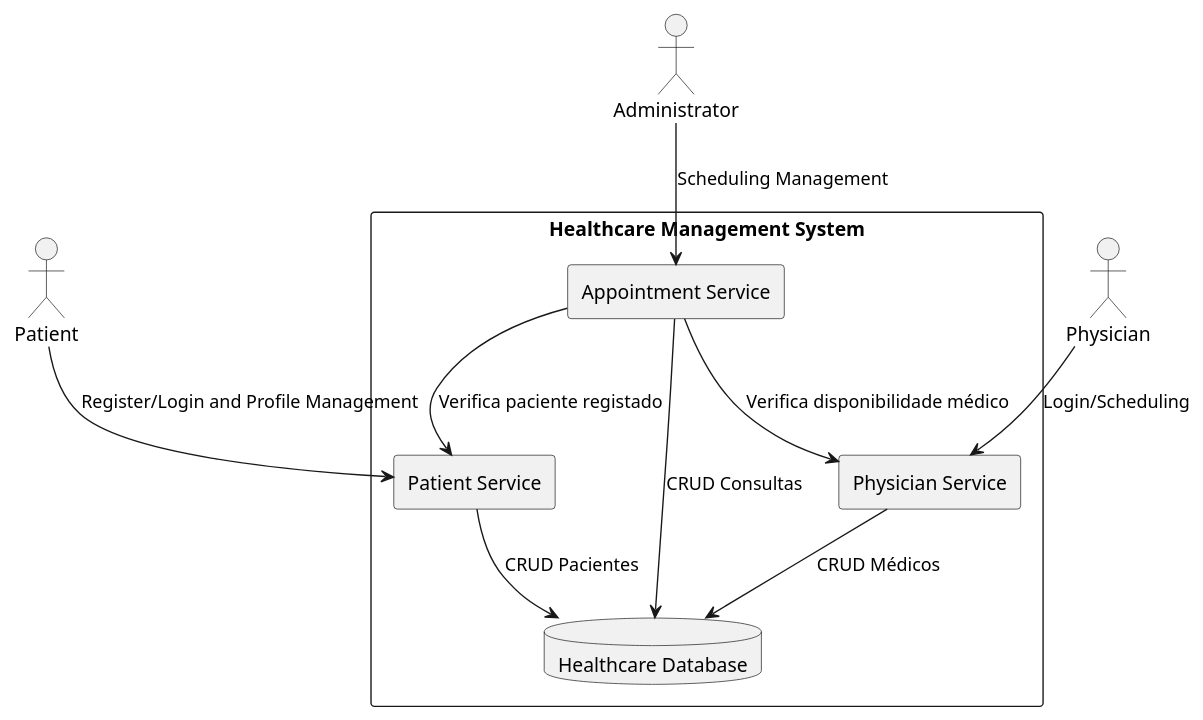
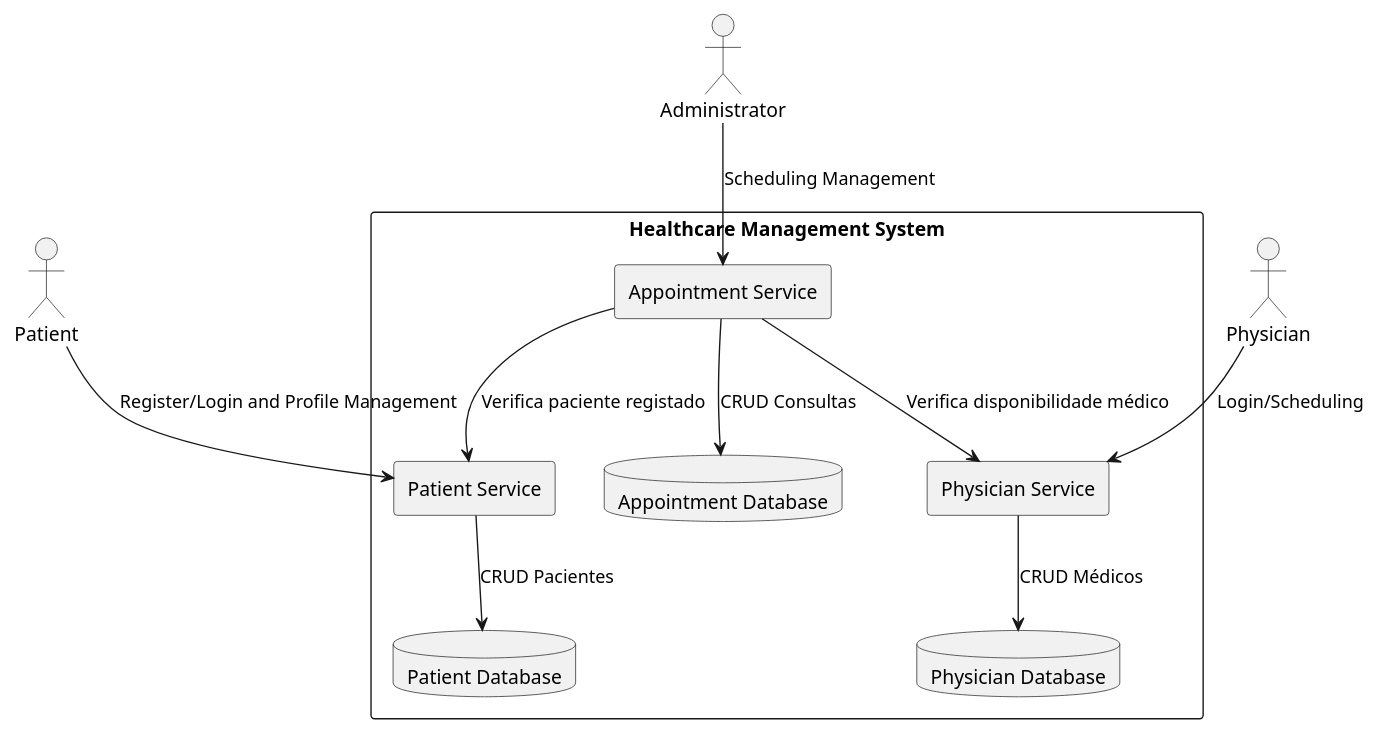
One commit to 1211104/PROJ_SIDIS2025 changed the diagram in docs/Vista lógica/C2.puml. Above: the diagram before and after it, drawn with PlantUML.

Commit message:
Update C2 - DB separadas

```diff
--- a/docs/Vista lógica/C2.puml
+++ b/docs/Vista lógica/C2.puml
@@ -1,27 +1,30 @@
 @startuml HealthcareSystem_Microservices_SingleDB_NoGateway
 
 actor "Patient" as patient
 actor "Physician" as physician
 actor "Administrator" as admin
 
 rectangle "Healthcare Management System" {
 
     rectangle "Patient Service" as patientService
     rectangle "Physician Service" as physicianService
     rectangle "Appointment Service" as appointmentService
 
-    database "Healthcare Database" as db
+    database "Patient Database" as patientDB
+    database "Physician Database" as physicianDB
+    database "Appointment Database" as appointmentDB
+
 }
 
 patient --> patientService : Register/Login and Profile Management
 physician --> physicianService : Login/Scheduling
 admin --> appointmentService : Scheduling Management
 
 appointmentService --> patientService : Verifica paciente registado
 appointmentService --> physicianService : Verifica disponibilidade médico
 
-patientService --> db : CRUD Pacientes
-physicianService --> db : CRUD Médicos
-appointmentService --> db : CRUD Consultas
+patientService --> patientDB : CRUD Pacientes
+physicianService --> physicianDB : CRUD Médicos
+appointmentService --> appointmentDB : CRUD Consultas
 
 @enduml
```
